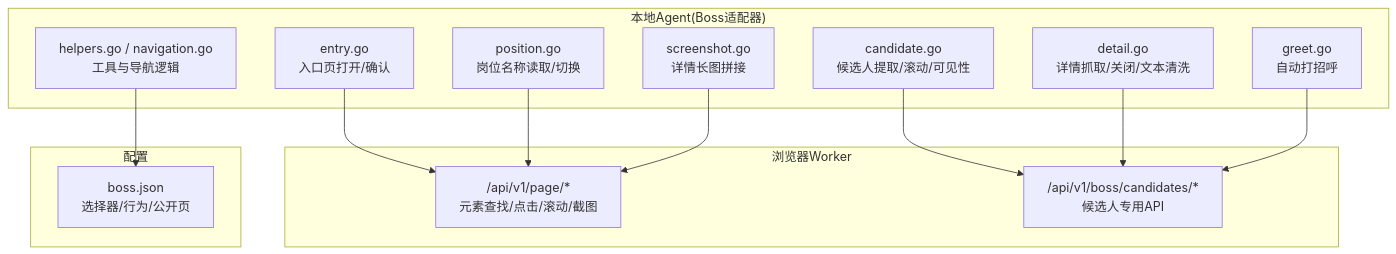
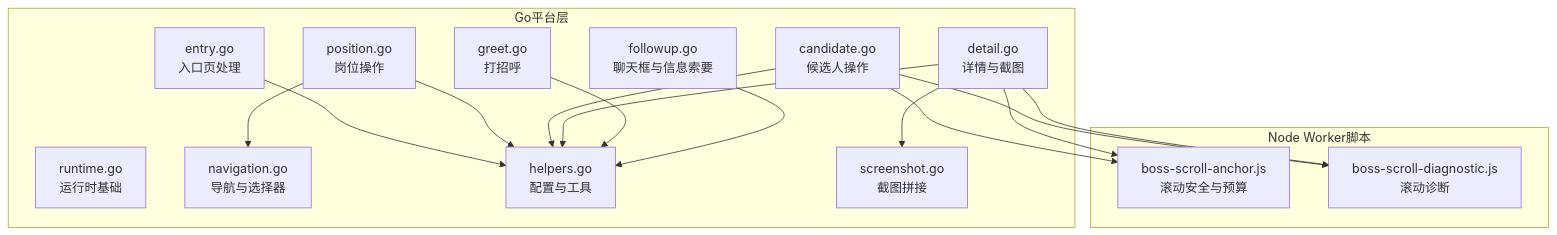
Before and after one commit to alvinwangzi/goodhr: the first of 8 diagrams in .qoder/repowiki/zh/content/本地执行器/平台适配器/Boss直聘适配器/Boss直聘适配器.md, drawn with Mermaid. The commit also changed other lines of this file and 149 other files, not shown here.

````diff
--- a/.qoder/repowiki/zh/content/本地执行器/平台适配器/Boss直聘适配器/Boss直聘适配器.md
+++ b/.qoder/repowiki/zh/content/本地执行器/平台适配器/Boss直聘适配器/Boss直聘适配器.md
@@ -47,26 +49,31 @@
 ```mermaid
 graph TB
-subgraph "本地Agent(Boss适配器)"
-A["entry.go<br/>入口页打开/确认"]
-B["position.go<br/>岗位名称读取/切换"]
-C["candidate.go<br/>候选人提取/滚动/可见性"]
-D["detail.go<br/>详情抓取/关闭/文本清洗"]
-E["greet.go<br/>自动打招呼"]
-F["screenshot.go<br/>详情长图拼接"]
-G["helpers.go / navigation.go<br/>工具与导航逻辑"]
+subgraph "Go平台层"
+E["entry.go<br/>入口页处理"]
+R["runtime.go<br/>运行时基础"]
+N["navigation.go<br/>导航与选择器"]
+P["position.go<br/>岗位操作"]
+C["candidate.go<br/>候选人操作"]
+D["detail.go<br/>详情与截图"]
+G["greet.go<br/>打招呼"]
+F["followup.go<br/>聊天框与信息索要"]
+H["helpers.go<br/>配置与工具"]
+S["screenshot.go<br/>截图拼接"]
 end
-subgraph "浏览器Worker"
-W1["/api/v1/page/*<br/>元素查找/点击/滚动/截图"]
-W2["/api/v1/boss/candidates/*<br/>候选人专用API"]
+subgraph "Node Worker脚本"
+A["boss-scroll-anchor.js<br/>滚动安全与预算"]
+B["boss-scroll-diagnostic.js<br/>滚动诊断"]
 end
-subgraph "配置"
-CFG["boss.json<br/>选择器/行为/公开页"]
-end
-A --> W1
-B --> W1
-C --> W2
-D --> W2
-E --> W2
-F --> W1
-G --> CFG
+E --> H
+P --> N
+P --> H
+C --> H
+D --> H
+D --> S
+G --> H
+F --> H
+C --> A
+C --> B
+D --> A
+D --> B
 ```
````
